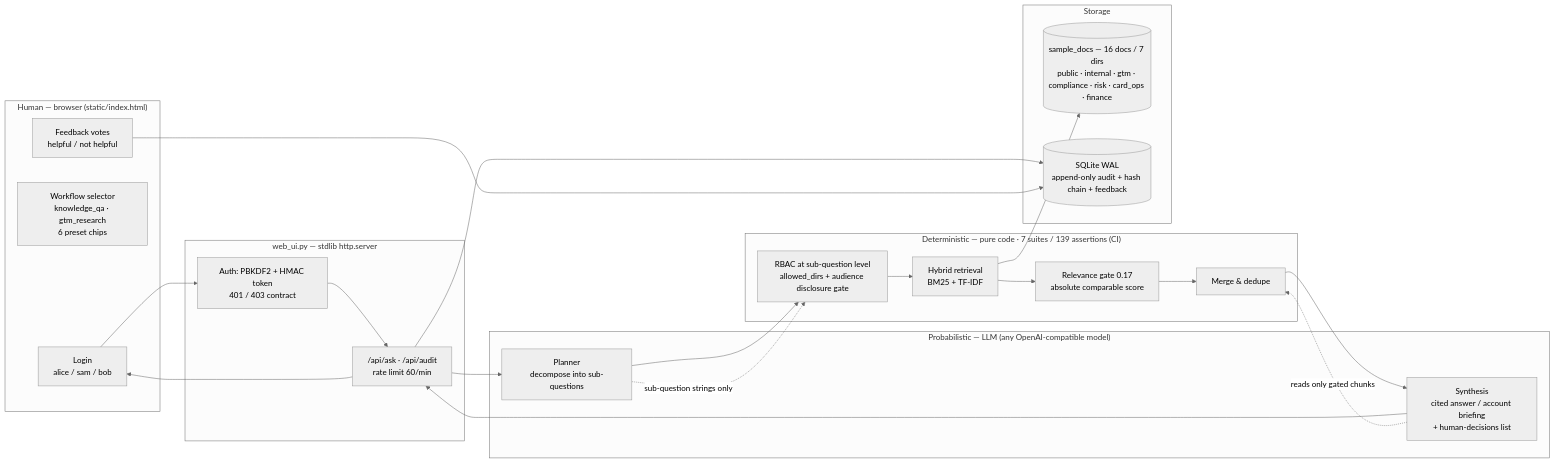
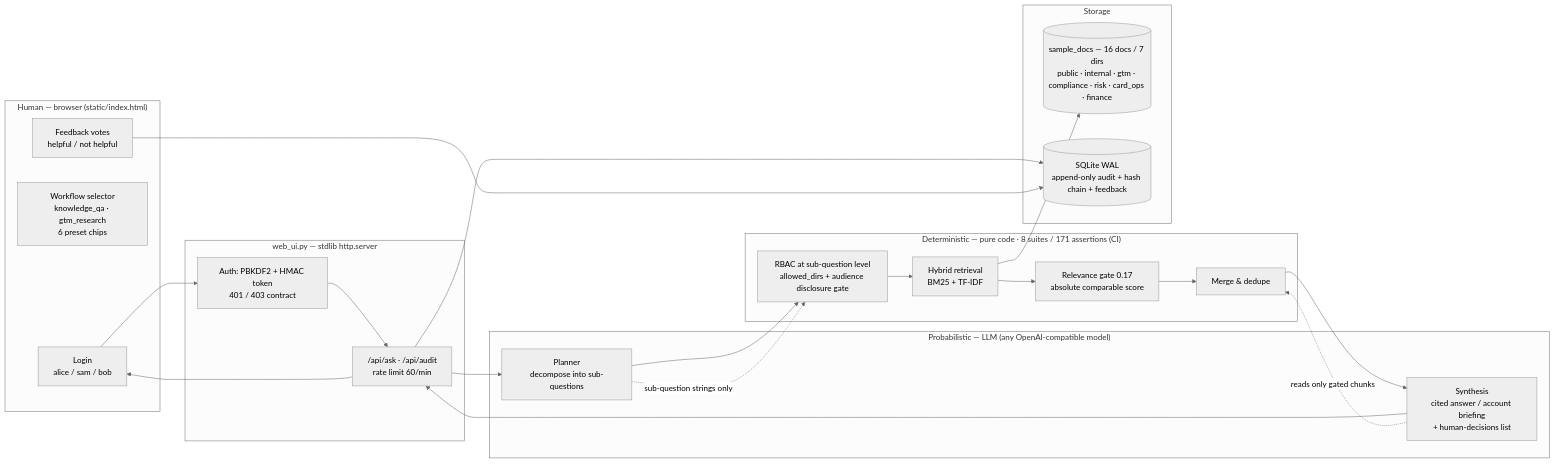
The diagram in docs/architecture.md (summersalt827/meridian-pay-kb), drawn with Mermaid (neutral theme) before and after one commit. The commit also changed 7 other files, not shown here.

````diff
--- a/docs/architecture.md
+++ b/docs/architecture.md
@@ -7,32 +7,32 @@
 ```mermaid
 flowchart LR
   subgraph H["Human — browser (static/index.html)"]
     LOGIN["Login<br/>alice / sam / bob"]
     SEL["Workflow selector<br/>knowledge_qa · gtm_research<br/>6 preset chips"]
     FEED["Feedback votes<br/>helpful / not helpful"]
   end
   subgraph S["web_ui.py — stdlib http.server"]
     AUTH["Auth: PBKDF2 + HMAC token<br/>401 / 403 contract"]
     API["/api/ask · /api/audit<br/>rate limit 60/min"]
   end
   subgraph P["Probabilistic — LLM (any OpenAI-compatible model)"]
     PLAN["Planner<br/>decompose into sub-questions"]
     SYNTH["Synthesis<br/>cited answer / account briefing<br/>+ human-decisions list"]
   end
-  subgraph D["Deterministic — pure code · 7 suites / 139 assertions (CI)"]
+  subgraph D["Deterministic — pure code · 8 suites / 171 assertions (CI)"]
     RBAC["RBAC at sub-question level<br/>allowed_dirs + audience disclosure gate"]
     RET["Hybrid retrieval<br/>BM25 + TF-IDF"]
     GATE["Relevance gate 0.17<br/>absolute comparable score"]
     MERGE["Merge & dedupe"]
   end
   subgraph X["Storage"]
     DOCS[("sample_docs — 16 docs / 7 dirs<br/>public · internal · gtm · compliance · risk · card_ops · finance")]
     DB[("SQLite WAL<br/>append-only audit + hash chain + feedback")]
   end
   LOGIN --> AUTH --> API --> PLAN --> RBAC --> RET --> GATE --> MERGE --> SYNTH --> API --> LOGIN
   RET --> DOCS
   API --> DB
   FEED --> DB
   PLAN -. "sub-question strings only" .-> RBAC
   SYNTH -. "reads only gated chunks" .-> MERGE
 ```
````
